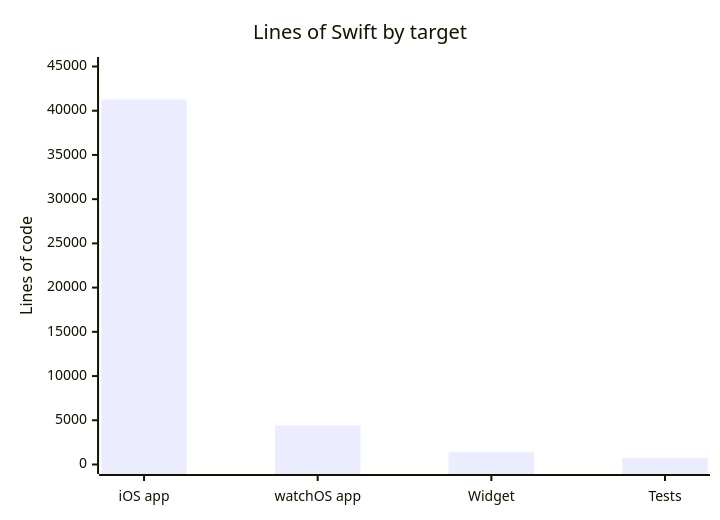
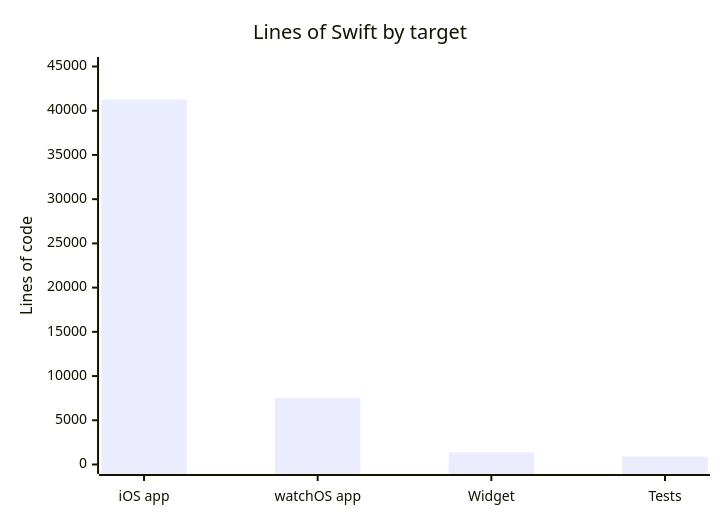
The first of 2 diagrams in droid-wiki/by-the-numbers.md (NextGen-Limited/ios-stress-app), drawn with Mermaid before and after one commit. The commit also changed other lines of this file and 4 other files, not shown here.

````diff
--- a/droid-wiki/by-the-numbers.md
+++ b/droid-wiki/by-the-numbers.md
@@ -9,7 +9,7 @@
 ```mermaid
 xychart-beta
     title "Lines of Swift by target"
     x-axis ["iOS app", "watchOS app", "Widget", "Tests"]
     y-axis "Lines of code" 0 --> 45000
-    bar [41261, 4419, 1385, 756]
+    bar [41261, 7529, 1385, 912]
 ```
````
